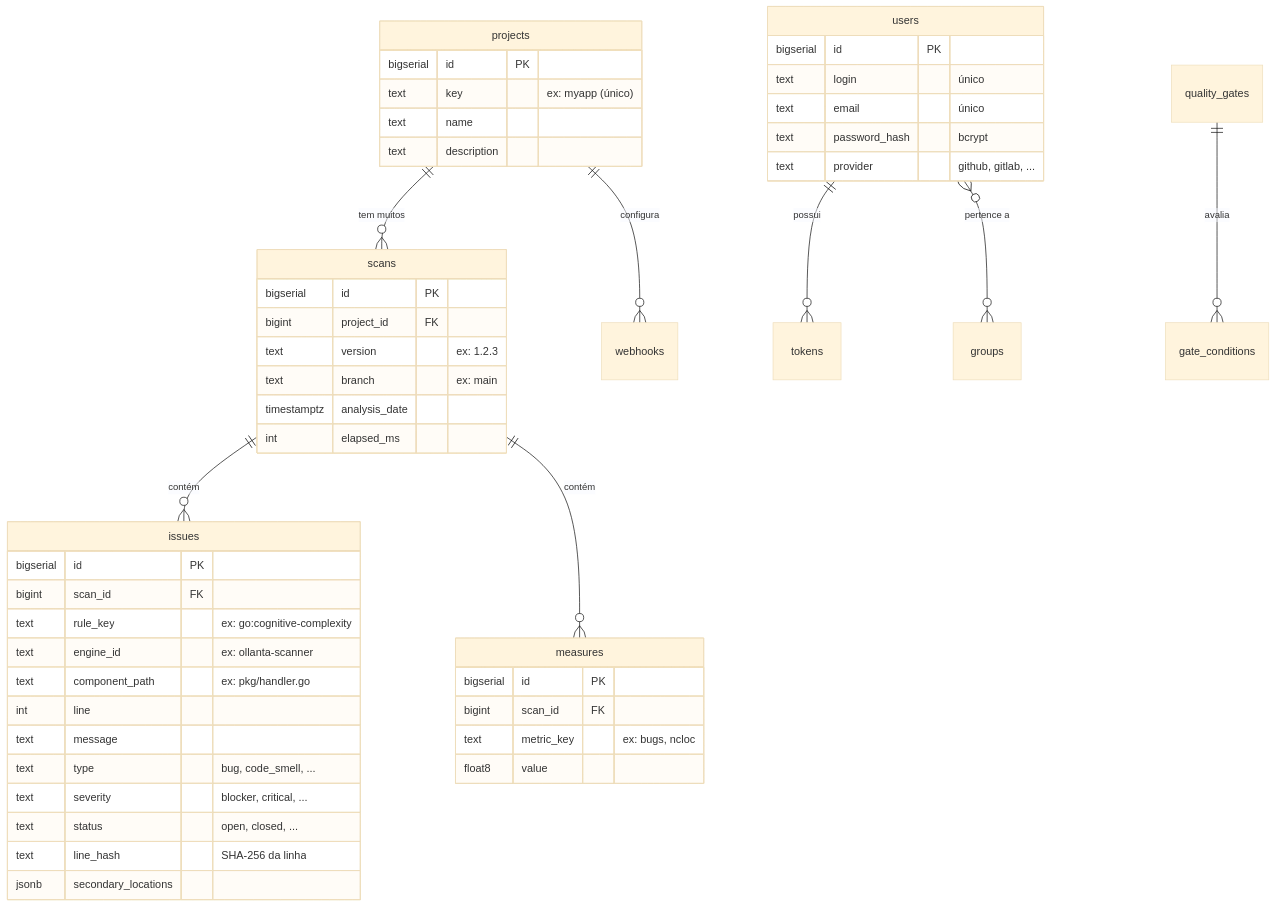
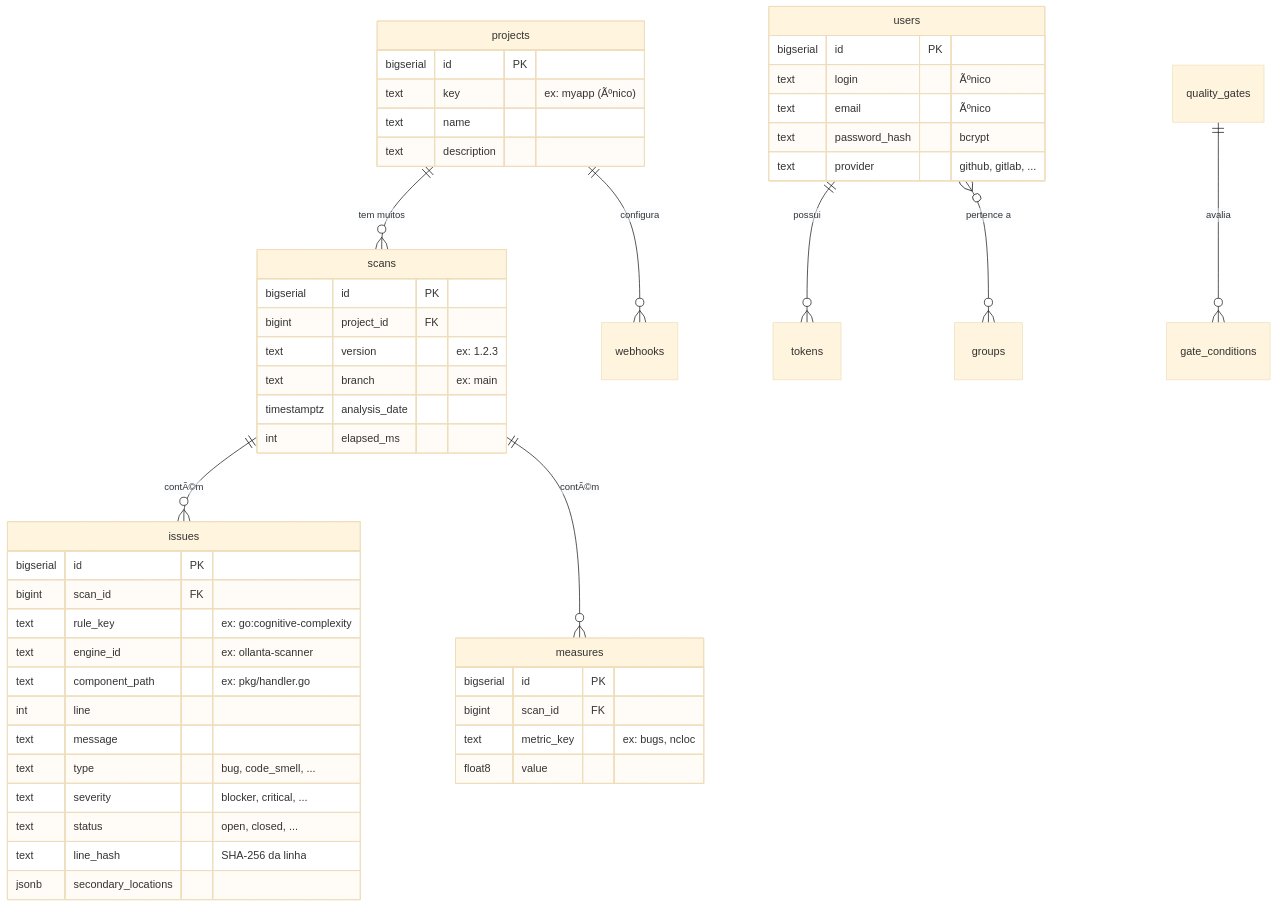
Before and after one commit to scovl/ollanta: diagram 11 of 17 in docs/arquitetura.md, drawn with Mermaid (base theme). The commit also changed other lines of this file and 3 other files, not shown here.

Commit message:
docs: update architecture and observability notes

````diff
--- a/docs/arquitetura.md
+++ b/docs/arquitetura.md
@@ -791,56 +791,56 @@
 ```mermaid
 erDiagram
     projects ||--o{ scans : "tem muitos"
-    scans ||--o{ issues : "contém"
-    scans ||--o{ measures : "contém"
+    scans ||--o{ issues : "contÃ©m"
+    scans ||--o{ measures : "contÃ©m"
     projects ||--o{ webhooks : "configura"
     users ||--o{ tokens : "possui"
     users }o--o{ groups : "pertence a"
     quality_gates ||--o{ gate_conditions : "avalia"
 
     projects {
         bigserial id PK
-        text key "ex: myapp (único)"
+        text key "ex: myapp (Ãºnico)"
         text name
         text description
     }
 
     scans {
         bigserial id PK
         bigint project_id FK
         text version "ex: 1.2.3"
         text branch "ex: main"
         timestamptz analysis_date
         int elapsed_ms
     }
 
     issues {
         bigserial id PK
         bigint scan_id FK
         text rule_key "ex: go:cognitive-complexity"
         text engine_id "ex: ollanta-scanner"
         text component_path "ex: pkg/handler.go"
         int line
         text message
         text type "bug, code_smell, ..."
         text severity "blocker, critical, ..."
         text status "open, closed, ..."
         text line_hash "SHA-256 da linha"
         jsonb secondary_locations
     }
 
     measures {
         bigserial id PK
         bigint scan_id FK
         text metric_key "ex: bugs, ncloc"
         float8 value
     }
 
     users {
         bigserial id PK
-        text login "único"
-        text email "único"
+        text login "Ãºnico"
+        text email "Ãºnico"
         text password_hash "bcrypt"
         text provider "github, gitlab, ..."
     }
 ```
````
